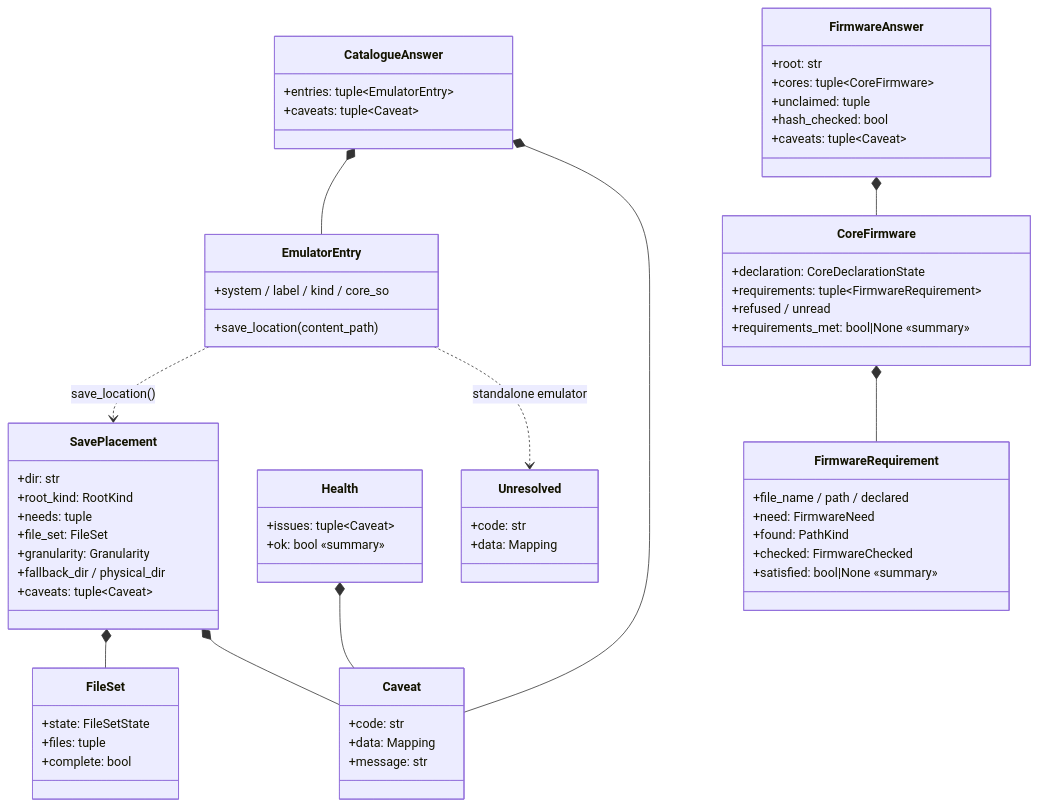
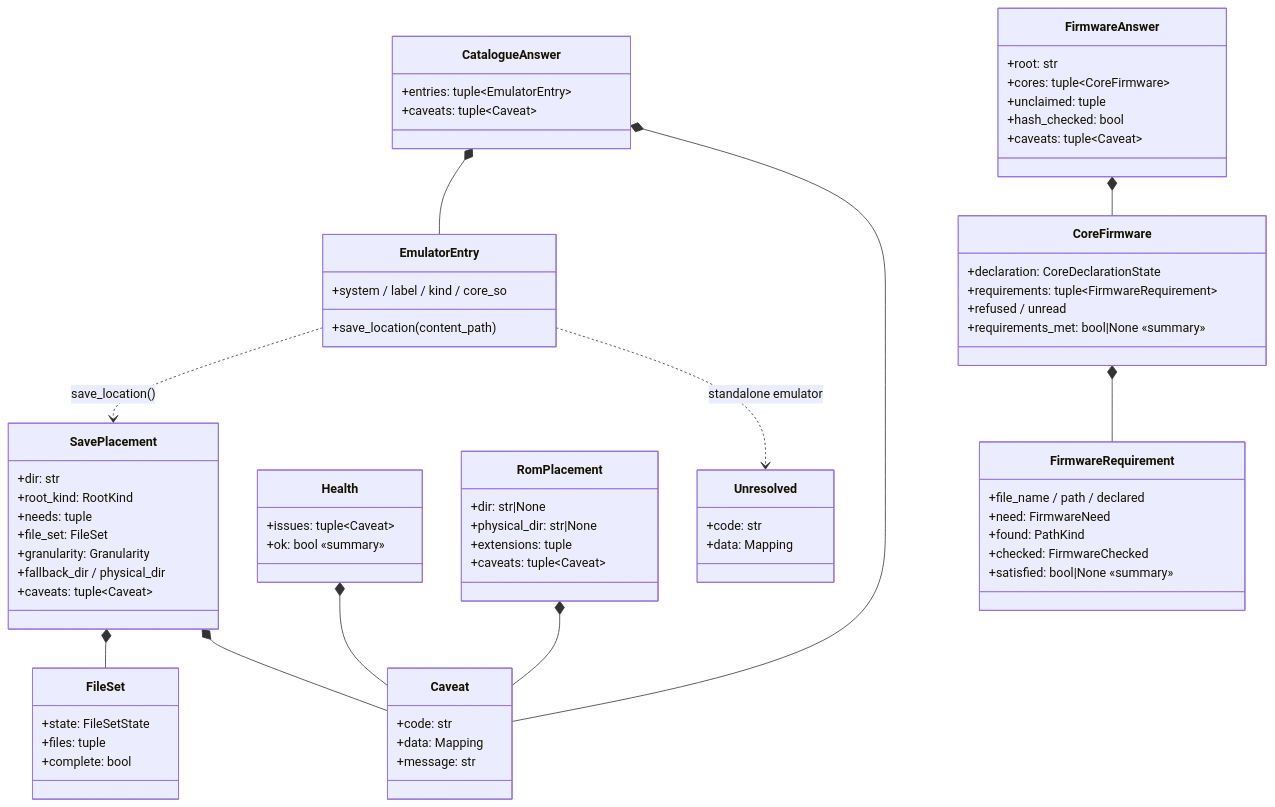
One commit to danielcopper/emu-atlas changed the third of 3 diagrams in docs/architecture.md. Above: the diagram before and after it, drawn with Mermaid. The commit also changed other lines of this file and 16 other files, not shown here.

````diff
--- a/docs/architecture.md
+++ b/docs/architecture.md
@@ -111,68 +112,75 @@
 ```mermaid
 classDiagram
     class SavePlacement {
         +dir: str
         +root_kind: RootKind
         +needs: tuple
         +file_set: FileSet
         +granularity: Granularity
         +fallback_dir / physical_dir
         +caveats: tuple~Caveat~
     }
     class FileSet {
         +state: FileSetState
         +files: tuple
         +complete: bool
     }
     class Health {
         +issues: tuple~Caveat~
         +ok: bool «summary»
     }
     class CatalogueAnswer {
         +entries: tuple~EmulatorEntry~
+        +caveats: tuple~Caveat~
+    }
+    class RomPlacement {
+        +dir: str|None
+        +physical_dir: str|None
+        +extensions: tuple
         +caveats: tuple~Caveat~
     }
     class EmulatorEntry {
         +system / label / kind / core_so
         +save_location(content_path)
     }
     class FirmwareAnswer {
         +root: str
         +cores: tuple~CoreFirmware~
         +unclaimed: tuple
         +hash_checked: bool
         +caveats: tuple~Caveat~
     }
     class CoreFirmware {
         +declaration: CoreDeclarationState
         +requirements: tuple~FirmwareRequirement~
         +refused / unread
         +requirements_met: bool|None «summary»
     }
     class FirmwareRequirement {
         +file_name / path / declared
         +need: FirmwareNeed
         +found: PathKind
         +checked: FirmwareChecked
         +satisfied: bool|None «summary»
     }
     class Caveat {
         +code: str
         +data: Mapping
         +message: str
     }
     class Unresolved {
         +code: str
         +data: Mapping
     }
 
     SavePlacement *-- FileSet
     SavePlacement *-- Caveat
     CatalogueAnswer *-- EmulatorEntry
     CatalogueAnswer *-- Caveat
+    RomPlacement *-- Caveat
     EmulatorEntry ..> SavePlacement : save_location()
     EmulatorEntry ..> Unresolved : standalone emulator
     FirmwareAnswer *-- CoreFirmware
     CoreFirmware *-- FirmwareRequirement
     Health *-- Caveat
 ```
````
